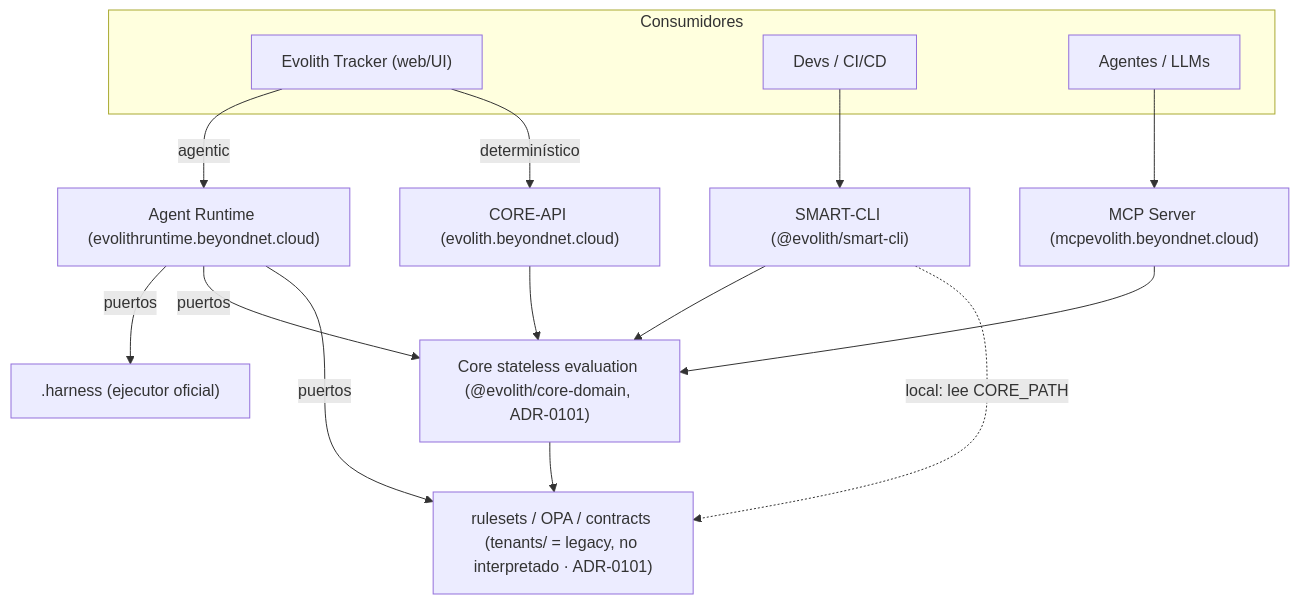
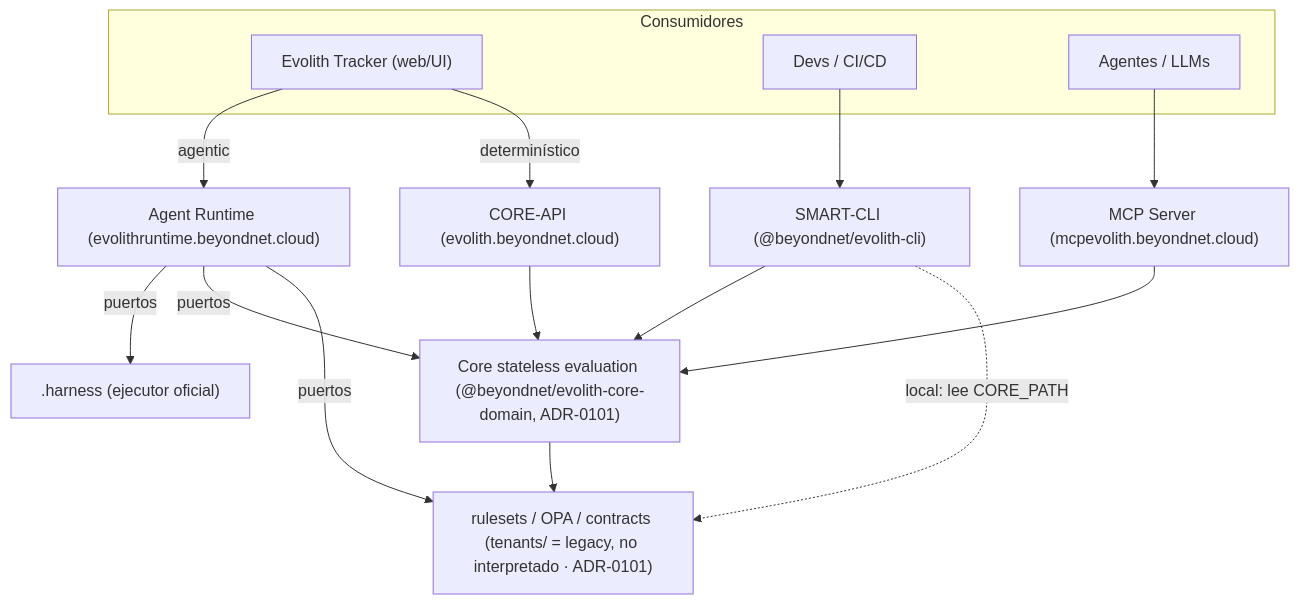
The diagram in reference/core/architecture/demos/EVOLITH-ARCHITECTURE-DESIGN.md (beyondnetcode/evolith_arch32), drawn with Mermaid before and after one commit. The commit also changed 195 other files, not shown here.

First line of the commit message:
refactor(brand): align "Smart CLI" → "Evolith CLI" across docs, code, npm, and assemblies

````diff
--- a/reference/core/architecture/demos/EVOLITH-ARCHITECTURE-DESIGN.md
+++ b/reference/core/architecture/demos/EVOLITH-ARCHITECTURE-DESIGN.md
@@ -63,28 +63,28 @@
 ```mermaid
 flowchart TB
   subgraph clients["Consumidores"]
     tracker["Evolith Tracker (web/UI)"]
     devs["Devs / CI/CD"]
     agents["Agentes / LLMs"]
   end
-  cli["SMART-CLI (@evolith/smart-cli)"]
+  cli["SMART-CLI (@beyondnet/evolith-cli)"]
   api["CORE-API (evolith.beyondnet.cloud)"]
   mcp["MCP Server (mcpevolith.beyondnet.cloud)"]
   runtime["Agent Runtime (evolithruntime.beyondnet.cloud)"]
-  core["Core stateless evaluation (@evolith/core-domain, ADR-0101)"]
+  core["Core stateless evaluation (@beyondnet/evolith-core-domain, ADR-0101)"]
   gov["rulesets / OPA / contracts (tenants/ = legacy, no interpretado · ADR-0101)"]
   harness[".harness (ejecutor oficial)"]
 
   devs --> cli
   agents --> mcp
   tracker -->|"agentic"| runtime
   tracker -->|"determinístico"| api
   cli --> core
   api --> core
   mcp --> core
   runtime -->|"puertos"| harness
   runtime -->|"puertos"| core
   runtime -->|"puertos"| gov
   core --> gov
   cli -.->|"local: lee CORE_PATH"| gov
 ```
````
